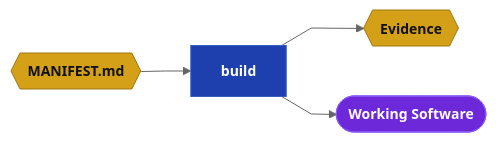
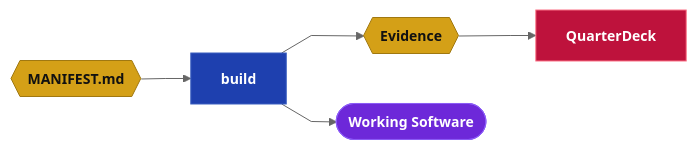
One commit to webcloudstudio/Drydock changed the fourth of 8 diagrams in docs/Drydock_Specification.md. Above: the diagram before and after it, drawn with Mermaid. The commit also changed other lines of this file and 2 other files, not shown here.

````diff
--- a/docs/Drydock_Specification.md
+++ b/docs/Drydock_Specification.md
@@ -347,14 +346,15 @@
 ```mermaid
 %%{init: {'theme': 'neutral', 'flowchart': {'curve': 'linear'}, 'themeVariables': {'fontSize': '14px'}}}%%
 flowchart LR
   classDef dir    fill:#0a5c38,stroke:#2cb67d,color:#fff,font-weight:bold
   classDef md     fill:#d4a017,stroke:#a07810,color:#111,font-weight:bold
   classDef script fill:#1e40af,stroke:#3b5fc0,color:#fff,font-weight:bold
   classDef prompt fill:#c2410c,stroke:#ea580c,color:#fff,font-weight:bold
   classDef output fill:#6d28d9,stroke:#8b5cf6,color:#fff,font-weight:bold
   classDef web    fill:#be123c,stroke:#fb7185,color:#fff,font-weight:bold
 
   BP{{"MANIFEST.md"}}:::md --> BUILD["build"]:::script
   BUILD --> EV{{"Evidence"}}:::md
+  EV --> CONSOLE["QuarterDeck"]:::web
   BUILD --> SOFTWARE(["Working Software"]):::output
 ```
````
